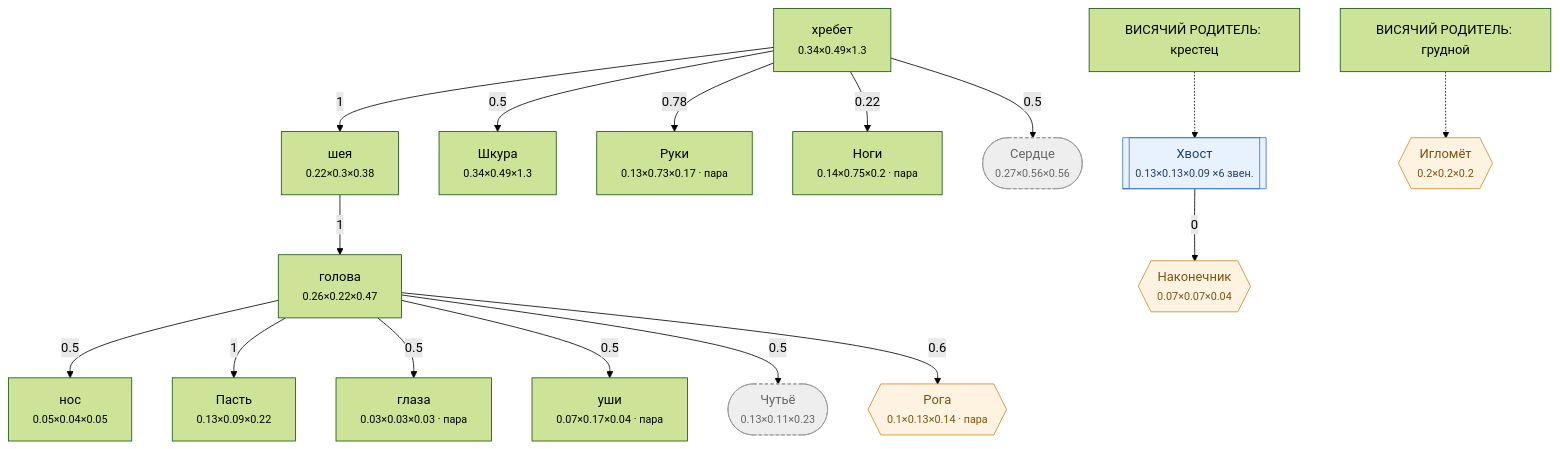
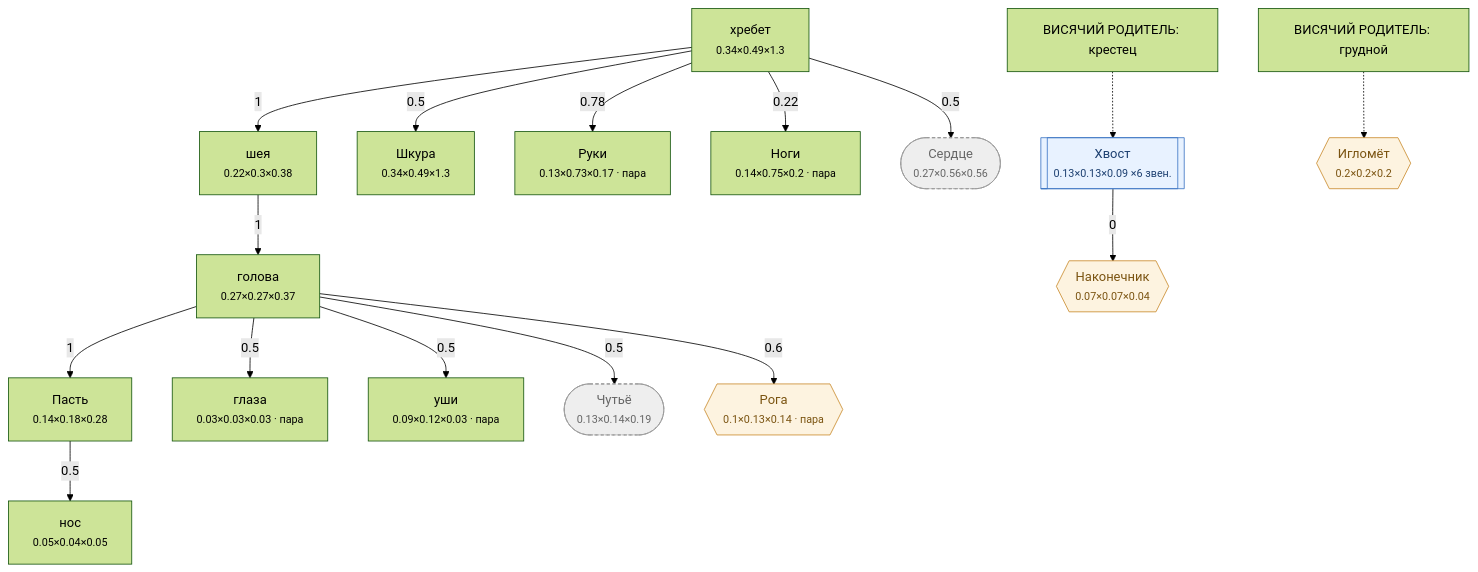
One commit to darklordshish/ChimeraEvolution-2026-06-26_15-29-59 changed the diagram in Docs/Диаграммы/Волк.md. Above: the diagram before and after it, drawn with Mermaid (forest theme). The commit also changed other lines of this file and 5 other files, not shown here.

First line of the commit message:
Схемы тел: догнали факт — графы вместо анатомических скелетов

````diff
--- a/Docs/Диаграммы/Волк.md
+++ b/Docs/Диаграммы/Волк.md
@@ -158,42 +44,42 @@
 ```mermaid
 flowchart TD
     n0["хребет<br/><small>0.34×0.49×1.3</small>"]
     n1["нос<br/><small>0.05×0.04×0.05</small>"]
-    n2["голова<br/><small>0.26×0.22×0.47</small>"]
-    n3["Пасть<br/><small>0.13×0.09×0.22</small>"]
+    n2["голова<br/><small>0.27×0.27×0.37</small>"]
+    n3["Пасть<br/><small>0.14×0.18×0.28</small>"]
     n4["глаза<br/><small>0.03×0.03×0.03 · пара</small>"]
-    n5["уши<br/><small>0.07×0.17×0.04 · пара</small>"]
+    n5["уши<br/><small>0.09×0.12×0.03 · пара</small>"]
     n6["шея<br/><small>0.22×0.3×0.38</small>"]
     n7["Шкура<br/><small>0.34×0.49×1.3</small>"]
     n8["Руки<br/><small>0.13×0.73×0.17 · пара</small>"]
     n9["Ноги<br/><small>0.14×0.75×0.2 · пара</small>"]
     n10[["Хвост<br/><small>0.13×0.13×0.09 ×6 звен.</small>"]]
     n11(["Сердце<br/><small>0.27×0.56×0.56</small>"])
-    n12(["Чутьё<br/><small>0.13×0.11×0.23</small>"])
+    n12(["Чутьё<br/><small>0.13×0.14×0.19</small>"])
     n13{{"Рога<br/><small>0.1×0.13×0.14 · пара</small>"}}
     n14{{"Наконечник<br/><small>0.07×0.07×0.04</small>"}}
     n15{{"Игломёт<br/><small>0.2×0.2×0.2</small>"}}
 
-    n2 -->|0.5| n1
+    n3 -->|0.5| n1
     n6 -->|1| n2
     n2 -->|1| n3
     n2 -->|0.5| n4
     n2 -->|0.5| n5
     n0 -->|1| n6
     n0 -->|0.5| n7
     n0 -->|0.78| n8
     n0 -->|0.22| n9
     broken_n10["ВИСЯЧИЙ РОДИТЕЛЬ: крестец"] -.-> n10
     n0 -->|0.5| n11
     n2 -->|0.5| n12
     n2 -->|0.6| n13
     n10 -->|0| n14
     broken_n15["ВИСЯЧИЙ РОДИТЕЛЬ: грудной"] -.-> n15
 
     classDef hid fill:#eee,stroke:#999,stroke-dasharray:4 3,color:#666
     classDef gr fill:#fdf3e0,stroke:#c98a2b,color:#7a5310
     classDef ch fill:#e8f2ff,stroke:#3b74c4,color:#1c3f70
     class n11,n12 hid
     class n13,n14,n15 gr
     class n10 ch
 ```
````
